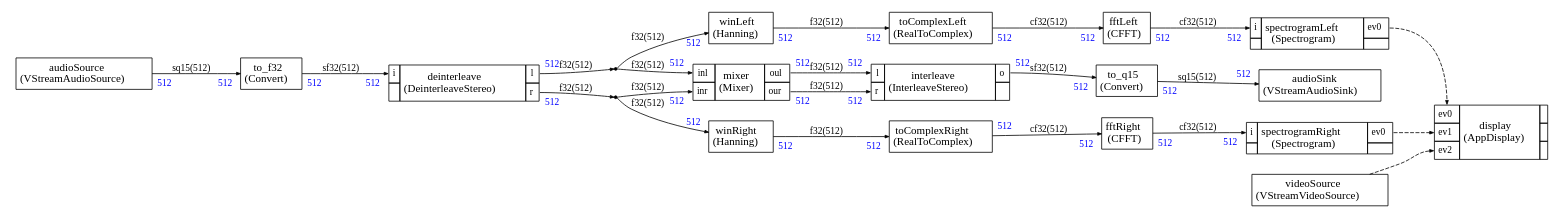
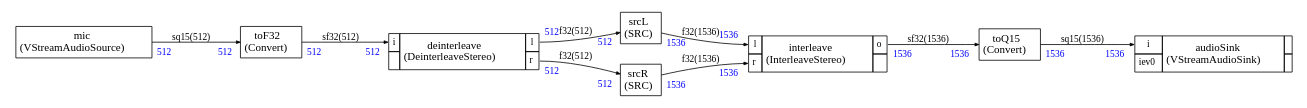
Before and after one commit to christophe0606/AlifAudioExample: the diagram in App_HE/stream/scheduler/graph.dot, drawn with Graphviz. The commit also changed 46 other files, not shown here.

```diff
--- a/App_HE/stream/scheduler/graph.dot
+++ b/App_HE/stream/scheduler/graph.dot
@@ -1,3 +1,5 @@
+
+
 
 
 
@@ -9,18 +11,20 @@
     edge [arrowsize="0.5",color="black",fontcolor="black",fontname="Times-Roman"]
 
 
+
 audioSink [label=<
 <TABLE color="black" bgcolor="none" BORDER="0" CELLBORDER="1" CELLSPACING="0" CELLPADDING="4">
   <TR>
-    <TD ALIGN="CENTER" PORT="i"><FONT COLOR="black" POINT-SIZE="14.0">audioSink<BR/>(VStreamAudioSink)</FONT></TD>
+    <TD PORT="i"><FONT POINT-SIZE="12.0" COLOR="black">i</FONT></TD>
+    <TD ALIGN="CENTER" ROWSPAN="2"><FONT COLOR="black" POINT-SIZE="14.0">audioSink<BR/>(VStreamAudioSink)</FONT></TD>
+    <TD></TD>
   </TR>
-</TABLE>>];
+<TR>
+<TD PORT="iev0"><FONT POINT-SIZE="12.0" COLOR="black">iev0</FONT></TD>
 
-audioSource [label=<
-<TABLE color="black" bgcolor="none" BORDER="0" CELLBORDER="1" CELLSPACING="0" CELLPADDING="4">
-  <TR>
-    <TD ALIGN="CENTER" PORT="i"><FONT COLOR="black" POINT-SIZE="14.0">audioSource<BR/>(VStreamAudioSource)</FONT></TD>
-  </TR>
+ 
+<TD></TD></TR>
+
 </TABLE>>];
 
 
@@ -39,24 +43,6 @@
 
 </TABLE>>];
 
-dup0 [shape=point,label="dup0"]
-
-dup1 [shape=point,label="dup1"]
-
-fftLeft [label=<
-<TABLE color="black" bgcolor="none" BORDER="0" CELLBORDER="1" CELLSPACING="0" CELLPADDING="4">
-  <TR>
-    <TD ALIGN="CENTER" PORT="i"><FONT COLOR="black" POINT-SIZE="14.0">fftLeft<BR/>(CFFT)</FONT></TD>
-  </TR>
-</TABLE>>];
-
-fftRight [label=<
-<TABLE color="black" bgcolor="none" BORDER="0" CELLBORDER="1" CELLSPACING="0" CELLPADDING="4">
-  <TR>
-    <TD ALIGN="CENTER" PORT="i"><FONT COLOR="black" POINT-SIZE="14.0">fftRight<BR/>(CFFT)</FONT></TD>
-  </TR>
-</TABLE>>];
-
 
 interleave [label=<
 <TABLE color="black" bgcolor="none" BORDER="0" CELLBORDER="1" CELLSPACING="0" CELLPADDING="4">
@@ -73,243 +59,92 @@
 
 </TABLE>>];
 
-
-mixer [label=<
+mic [label=<
 <TABLE color="black" bgcolor="none" BORDER="0" CELLBORDER="1" CELLSPACING="0" CELLPADDING="4">
   <TR>
-    <TD PORT="inl"><FONT POINT-SIZE="12.0" COLOR="black">inl</FONT></TD>
-    <TD ALIGN="CENTER" ROWSPAN="2"><FONT COLOR="black" POINT-SIZE="14.0">mixer<BR/>(Mixer)</FONT></TD>
-    <TD PORT="oul"><FONT POINT-SIZE="12.0" COLOR="black">oul</FONT></TD>
-  </TR>
-<TR>
-<TD PORT="inr"><FONT POINT-SIZE="12.0" COLOR="black">inr</FONT></TD>
-
-<TD PORT="our"><FONT POINT-SIZE="12.0" COLOR="black">our</FONT></TD>
-</TR>
-
-</TABLE>>];
-
-
-spectrogramLeft [label=<
-<TABLE color="black" bgcolor="none" BORDER="0" CELLBORDER="1" CELLSPACING="0" CELLPADDING="4">
-  <TR>
-    <TD PORT="i"><FONT POINT-SIZE="12.0" COLOR="black">i</FONT></TD>
-    <TD ALIGN="CENTER" ROWSPAN="2"><FONT COLOR="black" POINT-SIZE="14.0">spectrogramLeft<BR/>(Spectrogram)</FONT></TD>
-    <TD PORT="0"><FONT POINT-SIZE="12.0" COLOR="black">ev0</FONT></TD>
-  </TR>
-<TR>
- 
-<TD></TD>
- 
-<TD></TD></TR>
-
-</TABLE>>];
-
-
-spectrogramRight [label=<
-<TABLE color="black" bgcolor="none" BORDER="0" CELLBORDER="1" CELLSPACING="0" CELLPADDING="4">
-  <TR>
-    <TD PORT="i"><FONT POINT-SIZE="12.0" COLOR="black">i</FONT></TD>
-    <TD ALIGN="CENTER" ROWSPAN="2"><FONT COLOR="black" POINT-SIZE="14.0">spectrogramRight<BR/>(Spectrogram)</FONT></TD>
-    <TD PORT="0"><FONT POINT-SIZE="12.0" COLOR="black">ev0</FONT></TD>
-  </TR>
-<TR>
- 
-<TD></TD>
- 
-<TD></TD></TR>
-
-</TABLE>>];
-
-toComplexLeft [label=<
-<TABLE color="black" bgcolor="none" BORDER="0" CELLBORDER="1" CELLSPACING="0" CELLPADDING="4">
-  <TR>
-    <TD ALIGN="CENTER" PORT="i"><FONT COLOR="black" POINT-SIZE="14.0">toComplexLeft<BR/>(RealToComplex)</FONT></TD>
+    <TD ALIGN="CENTER" PORT="i"><FONT COLOR="black" POINT-SIZE="14.0">mic<BR/>(VStreamAudioSource)</FONT></TD>
   </TR>
 </TABLE>>];
 
-toComplexRight [label=<
+srcL [label=<
 <TABLE color="black" bgcolor="none" BORDER="0" CELLBORDER="1" CELLSPACING="0" CELLPADDING="4">
   <TR>
-    <TD ALIGN="CENTER" PORT="i"><FONT COLOR="black" POINT-SIZE="14.0">toComplexRight<BR/>(RealToComplex)</FONT></TD>
+    <TD ALIGN="CENTER" PORT="i"><FONT COLOR="black" POINT-SIZE="14.0">srcL<BR/>(SRC)</FONT></TD>
   </TR>
 </TABLE>>];
 
-to_f32 [label=<
+srcR [label=<
 <TABLE color="black" bgcolor="none" BORDER="0" CELLBORDER="1" CELLSPACING="0" CELLPADDING="4">
   <TR>
-    <TD ALIGN="CENTER" PORT="i"><FONT COLOR="black" POINT-SIZE="14.0">to_f32<BR/>(Convert)</FONT></TD>
+    <TD ALIGN="CENTER" PORT="i"><FONT COLOR="black" POINT-SIZE="14.0">srcR<BR/>(SRC)</FONT></TD>
   </TR>
 </TABLE>>];
 
-to_q15 [label=<
+toF32 [label=<
 <TABLE color="black" bgcolor="none" BORDER="0" CELLBORDER="1" CELLSPACING="0" CELLPADDING="4">
   <TR>
-    <TD ALIGN="CENTER" PORT="i"><FONT COLOR="black" POINT-SIZE="14.0">to_q15<BR/>(Convert)</FONT></TD>
+    <TD ALIGN="CENTER" PORT="i"><FONT COLOR="black" POINT-SIZE="14.0">toF32<BR/>(Convert)</FONT></TD>
   </TR>
 </TABLE>>];
 
-winLeft [label=<
+toQ15 [label=<
 <TABLE color="black" bgcolor="none" BORDER="0" CELLBORDER="1" CELLSPACING="0" CELLPADDING="4">
   <TR>
-    <TD ALIGN="CENTER" PORT="i"><FONT COLOR="black" POINT-SIZE="14.0">winLeft<BR/>(Hanning)</FONT></TD>
-  </TR>
-</TABLE>>];
-
-winRight [label=<
-<TABLE color="black" bgcolor="none" BORDER="0" CELLBORDER="1" CELLSPACING="0" CELLPADDING="4">
-  <TR>
-    <TD ALIGN="CENTER" PORT="i"><FONT COLOR="black" POINT-SIZE="14.0">winRight<BR/>(Hanning)</FONT></TD>
-  </TR>
-</TABLE>>];
-
-
-display [label=<
-<TABLE color="black" bgcolor="none" BORDER="0" CELLBORDER="1" CELLSPACING="0" CELLPADDING="4">
-  <TR>
-    <TD PORT="0"><FONT POINT-SIZE="12.0" COLOR="black">ev0</FONT></TD>
-    <TD ALIGN="CENTER" ROWSPAN="3"><FONT COLOR="black" POINT-SIZE="14.0">display<BR/>(AppDisplay)</FONT></TD>
-    <TD></TD>
-  </TR>
-<TR>
-<TD PORT="1"><FONT POINT-SIZE="12.0" COLOR="black">ev1</FONT></TD>
-
- 
-<TD></TD></TR><TR>
-<TD PORT="2"><FONT POINT-SIZE="12.0" COLOR="black">ev2</FONT></TD>
-
- 
-<TD></TD></TR>
-
-</TABLE>>];
-
-videoSource [label=<
-<TABLE color="black" bgcolor="none" BORDER="0" CELLBORDER="1" CELLSPACING="0" CELLPADDING="4">
-  <TR>
-    <TD ALIGN="CENTER" PORT="i"><FONT COLOR="black" POINT-SIZE="14.0">videoSource<BR/>(VStreamVideoSource)</FONT></TD>
+    <TD ALIGN="CENTER" PORT="i"><FONT COLOR="black" POINT-SIZE="14.0">toQ15<BR/>(Convert)</FONT></TD>
   </TR>
 </TABLE>>];
 
 
 
-audioSource:i -> to_f32:i [style="solid",color="black",fontsize="12.0",fontcolor="black",label=<sq15(512)>
+mic:i -> toF32:i [style="solid",color="black",fontsize="12.0",fontcolor="black",label=<sq15(512)>
 ,headlabel=<<TABLE BORDER="0" CELLPADDING="4"><TR><TD><FONT COLOR="blue" POINT-SIZE="12.0" >512</FONT>
 </TD></TR></TABLE>>
 ,taillabel=<<TABLE BORDER="0" CELLPADDING="4"><TR><TD><FONT COLOR="blue" POINT-SIZE="12.0" >512</FONT>
 </TD></TR></TABLE>>]
 
-to_f32:i -> deinterleave:i [style="solid",color="black",fontsize="12.0",fontcolor="black",label=<sf32(512)>
+toF32:i -> deinterleave:i [style="solid",color="black",fontsize="12.0",fontcolor="black",label=<sf32(512)>
 ,headlabel=<<TABLE BORDER="0" CELLPADDING="4"><TR><TD><FONT COLOR="blue" POINT-SIZE="12.0" >512</FONT>
 </TD></TR></TABLE>>
 ,taillabel=<<TABLE BORDER="0" CELLPADDING="4"><TR><TD><FONT COLOR="blue" POINT-SIZE="12.0" >512</FONT>
 </TD></TR></TABLE>>]
 
-winLeft:i -> toComplexLeft:i [style="solid",color="black",fontsize="12.0",fontcolor="black",label=<f32(512)>
+deinterleave:l -> srcL:i [style="solid",color="black",fontsize="12.0",fontcolor="black",label=<f32(512)>
 ,headlabel=<<TABLE BORDER="0" CELLPADDING="4"><TR><TD><FONT COLOR="blue" POINT-SIZE="12.0" >512</FONT>
 </TD></TR></TABLE>>
 ,taillabel=<<TABLE BORDER="0" CELLPADDING="4"><TR><TD><FONT COLOR="blue" POINT-SIZE="12.0" >512</FONT>
 </TD></TR></TABLE>>]
 
-winRight:i -> toComplexRight:i [style="solid",color="black",fontsize="12.0",fontcolor="black",label=<f32(512)>
+deinterleave:r -> srcR:i [style="solid",color="black",fontsize="12.0",fontcolor="black",label=<f32(512)>
 ,headlabel=<<TABLE BORDER="0" CELLPADDING="4"><TR><TD><FONT COLOR="blue" POINT-SIZE="12.0" >512</FONT>
 </TD></TR></TABLE>>
 ,taillabel=<<TABLE BORDER="0" CELLPADDING="4"><TR><TD><FONT COLOR="blue" POINT-SIZE="12.0" >512</FONT>
 </TD></TR></TABLE>>]
 
-toComplexLeft:i -> fftLeft:i [style="solid",color="black",fontsize="12.0",fontcolor="black",label=<cf32(512)>
-,headlabel=<<TABLE BORDER="0" CELLPADDING="4"><TR><TD><FONT COLOR="blue" POINT-SIZE="12.0" >512</FONT>
+srcL:i -> interleave:l [style="solid",color="black",fontsize="12.0",fontcolor="black",label=<f32(1536)>
+,headlabel=<<TABLE BORDER="0" CELLPADDING="4"><TR><TD><FONT COLOR="blue" POINT-SIZE="12.0" >1536</FONT>
 </TD></TR></TABLE>>
-,taillabel=<<TABLE BORDER="0" CELLPADDING="4"><TR><TD><FONT COLOR="blue" POINT-SIZE="12.0" >512</FONT>
+,taillabel=<<TABLE BORDER="0" CELLPADDING="4"><TR><TD><FONT COLOR="blue" POINT-SIZE="12.0" >1536</FONT>
 </TD></TR></TABLE>>]
 
-toComplexRight:i -> fftRight:i [style="solid",color="black",fontsize="12.0",fontcolor="black",label=<cf32(512)>
-,headlabel=<<TABLE BORDER="0" CELLPADDING="4"><TR><TD><FONT COLOR="blue" POINT-SIZE="12.0" >512</FONT>
+srcR:i -> interleave:r [style="solid",color="black",fontsize="12.0",fontcolor="black",label=<f32(1536)>
+,headlabel=<<TABLE BORDER="0" CELLPADDING="4"><TR><TD><FONT COLOR="blue" POINT-SIZE="12.0" >1536</FONT>
 </TD></TR></TABLE>>
-,taillabel=<<TABLE BORDER="0" CELLPADDING="4"><TR><TD><FONT COLOR="blue" POINT-SIZE="12.0" >512</FONT>
+,taillabel=<<TABLE BORDER="0" CELLPADDING="4"><TR><TD><FONT COLOR="blue" POINT-SIZE="12.0" >1536</FONT>
 </TD></TR></TABLE>>]
 
-fftLeft:i -> spectrogramLeft:i [style="solid",color="black",fontsize="12.0",fontcolor="black",label=<cf32(512)>
-,headlabel=<<TABLE BORDER="0" CELLPADDING="4"><TR><TD><FONT COLOR="blue" POINT-SIZE="12.0" >512</FONT>
+interleave:o -> toQ15:i [style="solid",color="black",fontsize="12.0",fontcolor="black",label=<sf32(1536)>
+,headlabel=<<TABLE BORDER="0" CELLPADDING="4"><TR><TD><FONT COLOR="blue" POINT-SIZE="12.0" >1536</FONT>
 </TD></TR></TABLE>>
-,taillabel=<<TABLE BORDER="0" CELLPADDING="4"><TR><TD><FONT COLOR="blue" POINT-SIZE="12.0" >512</FONT>
+,taillabel=<<TABLE BORDER="0" CELLPADDING="4"><TR><TD><FONT COLOR="blue" POINT-SIZE="12.0" >1536</FONT>
 </TD></TR></TABLE>>]
 
-fftRight:i -> spectrogramRight:i [style="solid",color="black",fontsize="12.0",fontcolor="black",label=<cf32(512)>
-,headlabel=<<TABLE BORDER="0" CELLPADDING="4"><TR><TD><FONT COLOR="blue" POINT-SIZE="12.0" >512</FONT>
+toQ15:i -> audioSink:i [style="solid",color="black",fontsize="12.0",fontcolor="black",label=<sq15(1536)>
+,headlabel=<<TABLE BORDER="0" CELLPADDING="4"><TR><TD><FONT COLOR="blue" POINT-SIZE="12.0" >1536</FONT>
 </TD></TR></TABLE>>
-,taillabel=<<TABLE BORDER="0" CELLPADDING="4"><TR><TD><FONT COLOR="blue" POINT-SIZE="12.0" >512</FONT>
+,taillabel=<<TABLE BORDER="0" CELLPADDING="4"><TR><TD><FONT COLOR="blue" POINT-SIZE="12.0" >1536</FONT>
 </TD></TR></TABLE>>]
-
-mixer:oul -> interleave:l [style="solid",color="black",fontsize="12.0",fontcolor="black",label=<f32(512)>
-,headlabel=<<TABLE BORDER="0" CELLPADDING="4"><TR><TD><FONT COLOR="blue" POINT-SIZE="12.0" >512</FONT>
-</TD></TR></TABLE>>
-,taillabel=<<TABLE BORDER="0" CELLPADDING="4"><TR><TD><FONT COLOR="blue" POINT-SIZE="12.0" >512</FONT>
-</TD></TR></TABLE>>]
-
-mixer:our -> interleave:r [style="solid",color="black",fontsize="12.0",fontcolor="black",label=<f32(512)>
-,headlabel=<<TABLE BORDER="0" CELLPADDING="4"><TR><TD><FONT COLOR="blue" POINT-SIZE="12.0" >512</FONT>
-</TD></TR></TABLE>>
-,taillabel=<<TABLE BORDER="0" CELLPADDING="4"><TR><TD><FONT COLOR="blue" POINT-SIZE="12.0" >512</FONT>
-</TD></TR></TABLE>>]
-
-interleave:o -> to_q15:i [style="solid",color="black",fontsize="12.0",fontcolor="black",label=<sf32(512)>
-,headlabel=<<TABLE BORDER="0" CELLPADDING="4"><TR><TD><FONT COLOR="blue" POINT-SIZE="12.0" >512</FONT>
-</TD></TR></TABLE>>
-,taillabel=<<TABLE BORDER="0" CELLPADDING="4"><TR><TD><FONT COLOR="blue" POINT-SIZE="12.0" >512</FONT>
-</TD></TR></TABLE>>]
-
-to_q15:i -> audioSink:i [style="solid",color="black",fontsize="12.0",fontcolor="black",label=<sq15(512)>
-,headlabel=<<TABLE BORDER="0" CELLPADDING="4"><TR><TD><FONT COLOR="blue" POINT-SIZE="12.0" >512</FONT>
-</TD></TR></TABLE>>
-,taillabel=<<TABLE BORDER="0" CELLPADDING="4"><TR><TD><FONT COLOR="blue" POINT-SIZE="12.0" >512</FONT>
-</TD></TR></TABLE>>]
-
-deinterleave:l ->  
-dup0 [style="solid",color="black",fontsize="12.0",fontcolor="black",label=<f32(512)>
-
-,taillabel=<<TABLE BORDER="0" CELLPADDING="4"><TR><TD><FONT COLOR="blue" POINT-SIZE="12.0" >512</FONT>
-</TD></TR></TABLE>>]
-
- 
-dup0 -> winLeft:i [style="solid",color="black",fontsize="12.0",fontcolor="black",label=<f32(512)>
-,headlabel=<<TABLE BORDER="0" CELLPADDING="4"><TR><TD><FONT COLOR="blue" POINT-SIZE="12.0" >512</FONT>
-</TD></TR></TABLE>>
-]
-
- 
-dup0 -> mixer:inl [style="solid",color="black",fontsize="12.0",fontcolor="black",label=<f32(512)>
-,headlabel=<<TABLE BORDER="0" CELLPADDING="4"><TR><TD><FONT COLOR="blue" POINT-SIZE="12.0" >512</FONT>
-</TD></TR></TABLE>>
-]
-
-deinterleave:r ->  
-dup1 [style="solid",color="black",fontsize="12.0",fontcolor="black",label=<f32(512)>
-
-,taillabel=<<TABLE BORDER="0" CELLPADDING="4"><TR><TD><FONT COLOR="blue" POINT-SIZE="12.0" >512</FONT>
-</TD></TR></TABLE>>]
-
- 
-dup1 -> winRight:i [style="solid",color="black",fontsize="12.0",fontcolor="black",label=<f32(512)>
-,headlabel=<<TABLE BORDER="0" CELLPADDING="4"><TR><TD><FONT COLOR="blue" POINT-SIZE="12.0" >512</FONT>
-</TD></TR></TABLE>>
-]
-
- 
-dup1 -> mixer:inr [style="solid",color="black",fontsize="12.0",fontcolor="black",label=<f32(512)>
-,headlabel=<<TABLE BORDER="0" CELLPADDING="4"><TR><TD><FONT COLOR="blue" POINT-SIZE="12.0" >512</FONT>
-</TD></TR></TABLE>>
-]
 
 
 
-spectrogramLeft:0 -> display:0 [style="dashed",color="black",fontsize="12.0",fontcolor="black",label=<>
-
-]
-spectrogramRight:0 -> display:1 [style="dashed",color="black",fontsize="12.0",fontcolor="black",label=<>
-
-]
-videoSource:i -> display:2 [style="dashed",color="black",fontsize="12.0",fontcolor="black",label=<>
-
-]
 
 }
```
